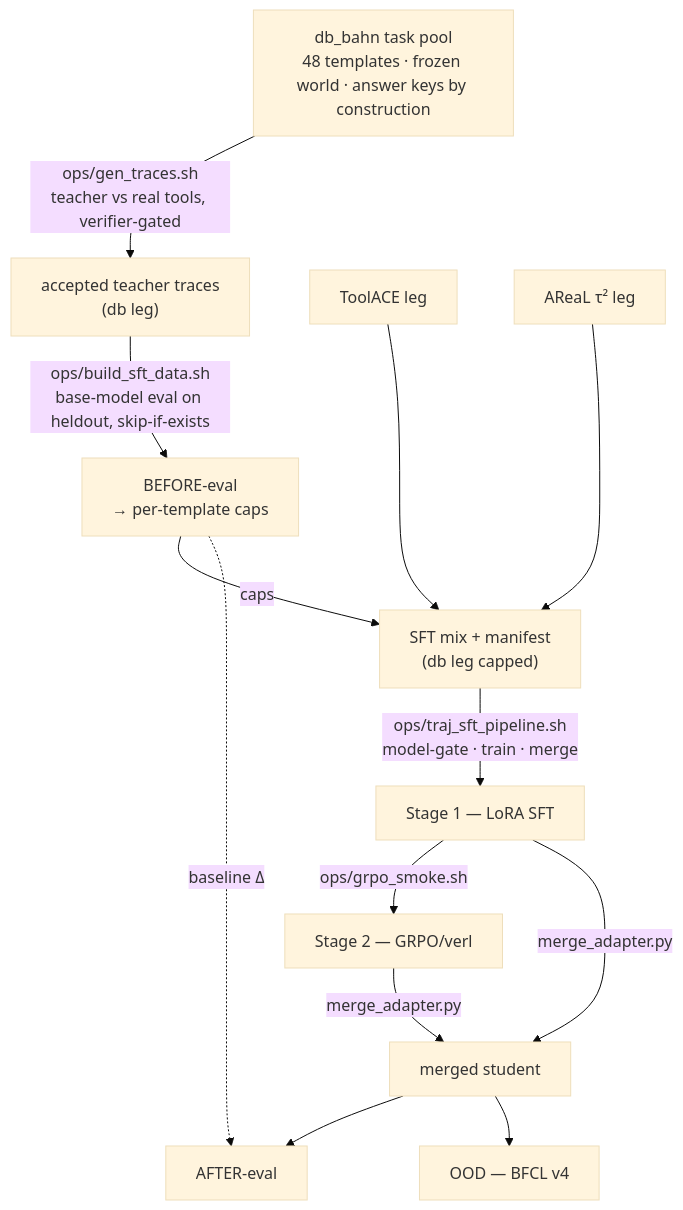
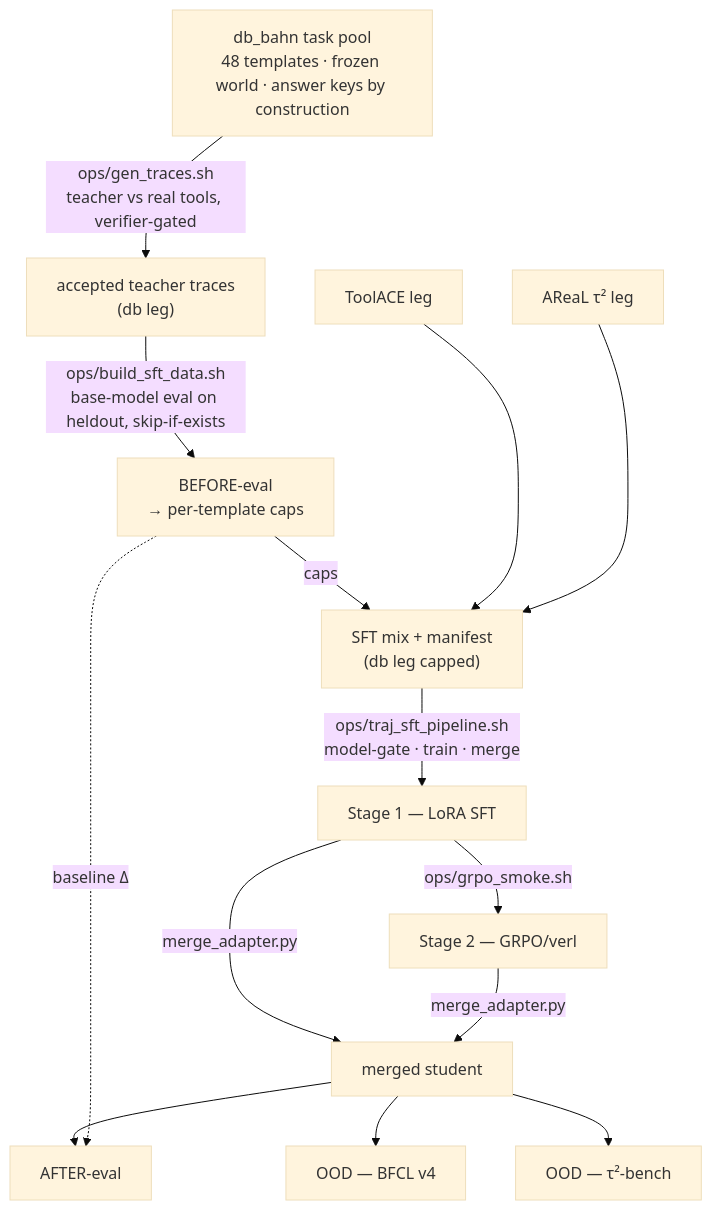
One commit to JanneckGit/slm-agentic-training-pipeline changed the diagram in README.md. Above: the diagram before and after it, drawn with Mermaid (base theme). The commit also changed other lines of this file, not shown here.

First line of the commit message:
docs(readme): tau2-bench section — setup, one-command runs, autosize facts

````diff
--- a/README.md
+++ b/README.md
@@ -36,22 +36,23 @@
 ```mermaid
 flowchart TD
     TASKS["db_bahn task pool<br/>48 templates · frozen world · answer keys by construction"]
     TASKS -->|"ops/gen_traces.sh<br/>teacher vs real tools, verifier-gated"| TRACES["accepted teacher traces<br/>(db leg)"]
     TOOLACE["ToolACE leg"]
     AREAL["AReaL τ² leg"]
     TASKS ~~~ TOOLACE
     TASKS ~~~ AREAL
     TRACES -->|"ops/build_sft_data.sh<br/>base-model eval on heldout, skip-if-exists"| EVAL["BEFORE-eval<br/>→ per-template caps"]
     TOOLACE ~~~ EVAL
     AREAL ~~~ EVAL
     EVAL -->|caps| MIX["SFT mix + manifest<br/>(db leg capped)"]
     TOOLACE --> MIX
     AREAL --> MIX
     MIX -->|"ops/traj_sft_pipeline.sh<br/>model-gate · train · merge"| SFT["Stage 1 — LoRA SFT"]
     SFT -->|ops/grpo_smoke.sh| RL["Stage 2 — GRPO/verl"]
     SFT -->|merge_adapter.py| STUDENT["merged student"]
     RL -->|merge_adapter.py| STUDENT
     STUDENT --> AFTER["AFTER-eval"]
     STUDENT --> BFCL["OOD — BFCL v4"]
+    STUDENT --> TAU2["OOD — τ²-bench"]
     EVAL -.->|"baseline Δ"| AFTER
 ```
````
